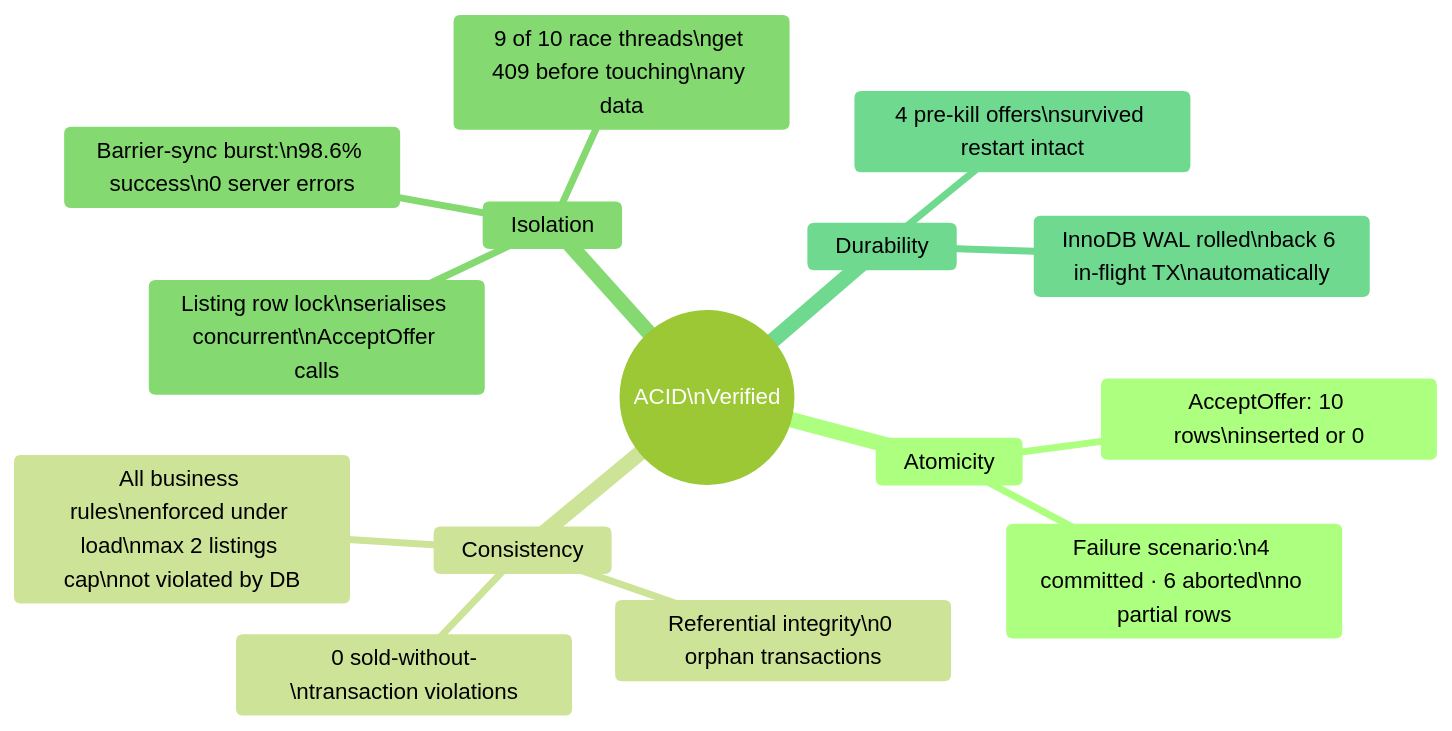
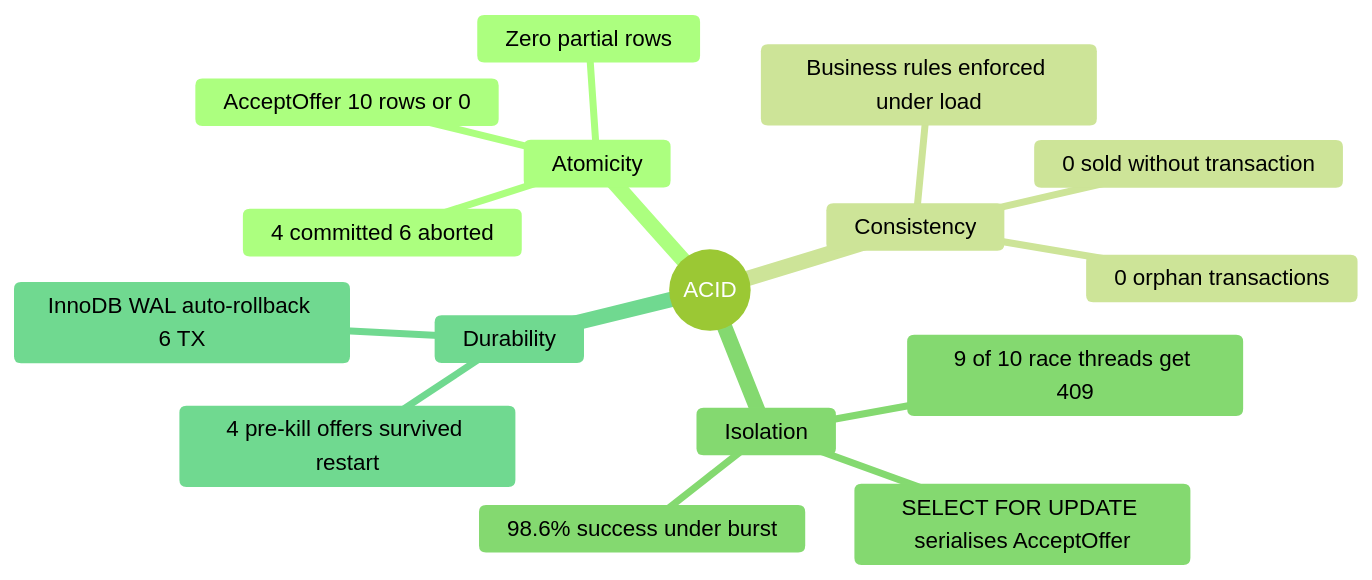
The tenth of 10 diagrams in Assignment_3/Module_B/MODULE_B_REPORT.md (Zeenu03/Campus_Trading_App), drawn with Mermaid (forest theme) before and after one commit. The commit also changed other lines of this file and 3 other files, not shown here.

````diff
--- a/Assignment_3/Module_B/MODULE_B_REPORT.md
+++ b/Assignment_3/Module_B/MODULE_B_REPORT.md
@@ -475,18 +430,19 @@
 ```mermaid
 mindmap
-  root((ACID\nVerified))
+  root((ACID))
     Atomicity
-      AcceptOffer: 10 rows\ninserted or 0
-      Failure scenario:\n4 committed · 6 aborted\nno partial rows
+      AcceptOffer 10 rows or 0
+      4 committed 6 aborted
+      Zero partial rows
     Consistency
-      All business rules\nenforced under load\nmax 2 listings cap\nnot violated by DB
-      Referential integrity\n0 orphan transactions
-      0 sold-without-\ntransaction violations
+      Business rules enforced under load
+      0 orphan transactions
+      0 sold without transaction
     Isolation
-      Barrier-sync burst:\n98.6% success\n0 server errors
-      Listing row lock\nserialises concurrent\nAcceptOffer calls
-      9 of 10 race threads\nget 409 before touching\nany data
+      98.6% success under burst
+      SELECT FOR UPDATE serialises AcceptOffer
+      9 of 10 race threads get 409
     Durability
-      4 pre-kill offers\nsurvived restart intact
-      InnoDB WAL rolled\nback 6 in-flight TX\nautomatically
+      4 pre-kill offers survived restart
+      InnoDB WAL auto-rollback 6 TX
 ```
````
